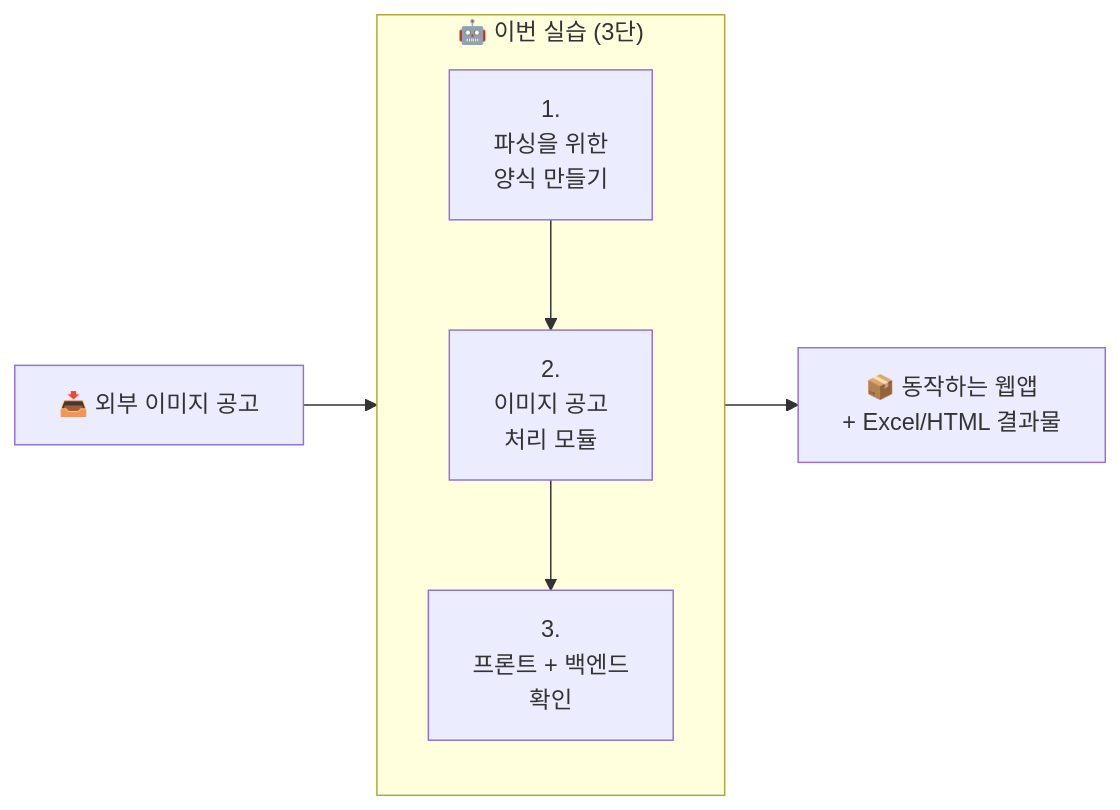
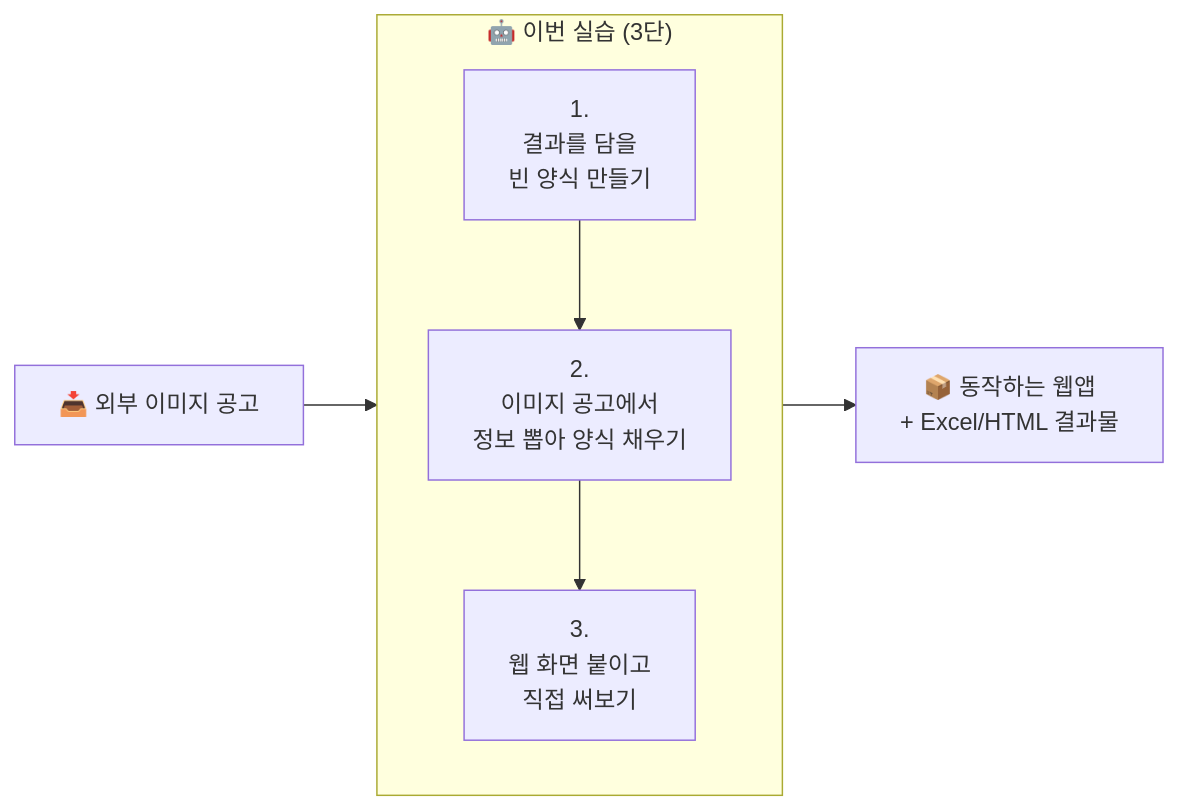
One commit to ohilikeit/ax-workshop-wiki changed the diagram in docs/practice3/index.md. Above: the diagram before and after it, drawn with Mermaid. The commit also changed other lines of this file and 8 other files, not shown here.

````diff
--- a/docs/practice3/index.md
+++ b/docs/practice3/index.md
@@ -102,15 +88,15 @@
 ```mermaid
 flowchart LR
     IN["📥 외부 이미지 공고"]
 
     subgraph WORK["🤖 이번 실습 (3단)"]
-        S1["1.<br/>파싱을 위한<br/>양식 만들기"]
-        S2["2.<br/>이미지 공고<br/>처리 모듈"]
-        S3["3.<br/>프론트 + 백엔드<br/>확인"]
+        S1["1.<br/>결과를 담을<br/>빈 양식 만들기"]
+        S2["2.<br/>이미지 공고에서<br/>정보 뽑아 양식 채우기"]
+        S3["3.<br/>웹 화면 붙이고<br/>직접 써보기"]
         S1 --> S2 --> S3
     end
 
     OUT["📦 동작하는 웹앱<br/>+ Excel/HTML 결과물"]
 
     IN --> WORK --> OUT
 ```
````
